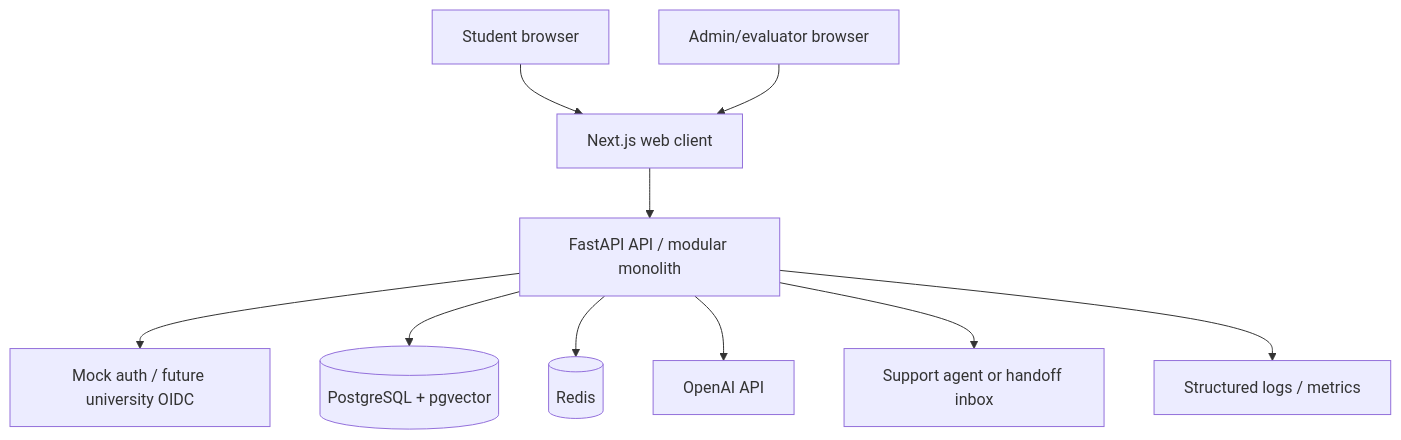
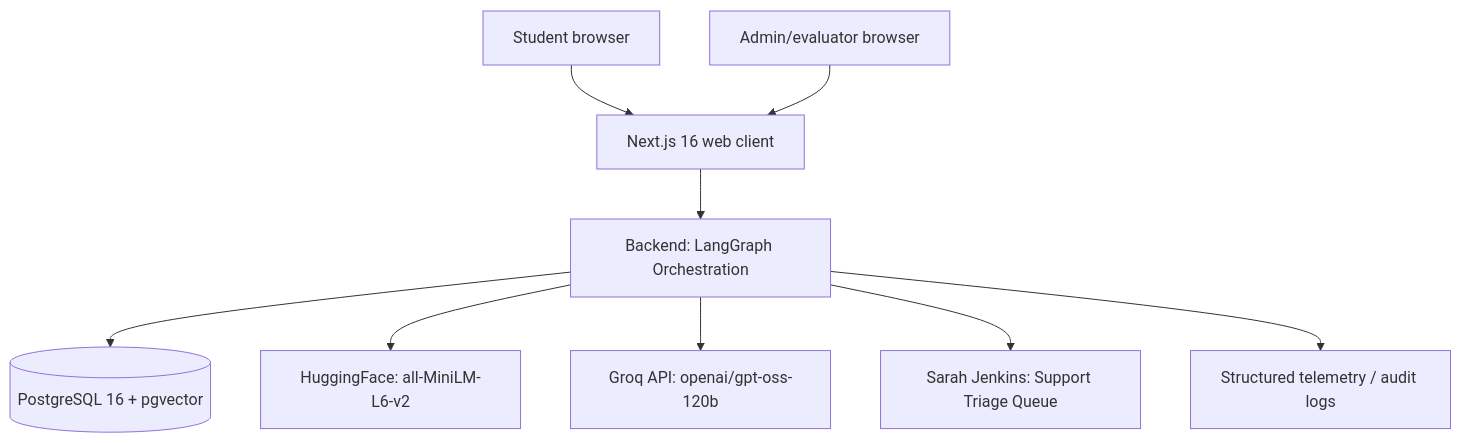
One commit to armaan-choudhary/campus-one changed the first of 3 diagrams in docs/02_System_Architecture.md. Above: the diagram before and after it, drawn with Mermaid. The commit also changed other lines of this file and 7 other files, not shown here.

Commit message:
docs: update readmes and architectural specifications for backend LangGraph & pgvector integration

````diff
--- a/docs/02_System_Architecture.md
+++ b/docs/02_System_Architecture.md
@@ -11,23 +11,21 @@
 ```mermaid
 flowchart TB
     Student[Student browser]
     Admin[Admin/evaluator browser]
-    Web[Next.js web client]
-    API[FastAPI API / modular monolith]
-    LLM[OpenAI API]
-    DB[(PostgreSQL + pgvector)]
-    Redis[(Redis)]
-    IdP[Mock auth / future university OIDC]
-    Agent[Support agent or handoff inbox]
-    Logs[Structured logs / metrics]
+    Web[Next.js 16 web client]
+    API[Backend: LangGraph Orchestration]
+    LLM[Groq API: openai/gpt-oss-120b]
+    DB[(PostgreSQL 16 + pgvector)]
+    Embeddings[HuggingFace: all-MiniLM-L6-v2]
+    Agent[Sarah Jenkins: Support Triage Queue]
+    Logs[Structured telemetry / audit logs]
 
     Student --> Web
     Admin --> Web
     Web --> API
-    API --> IdP
     API --> DB
-    API --> Redis
+    API --> Embeddings
     API --> LLM
     API --> Agent
     API --> Logs
 ```
````
